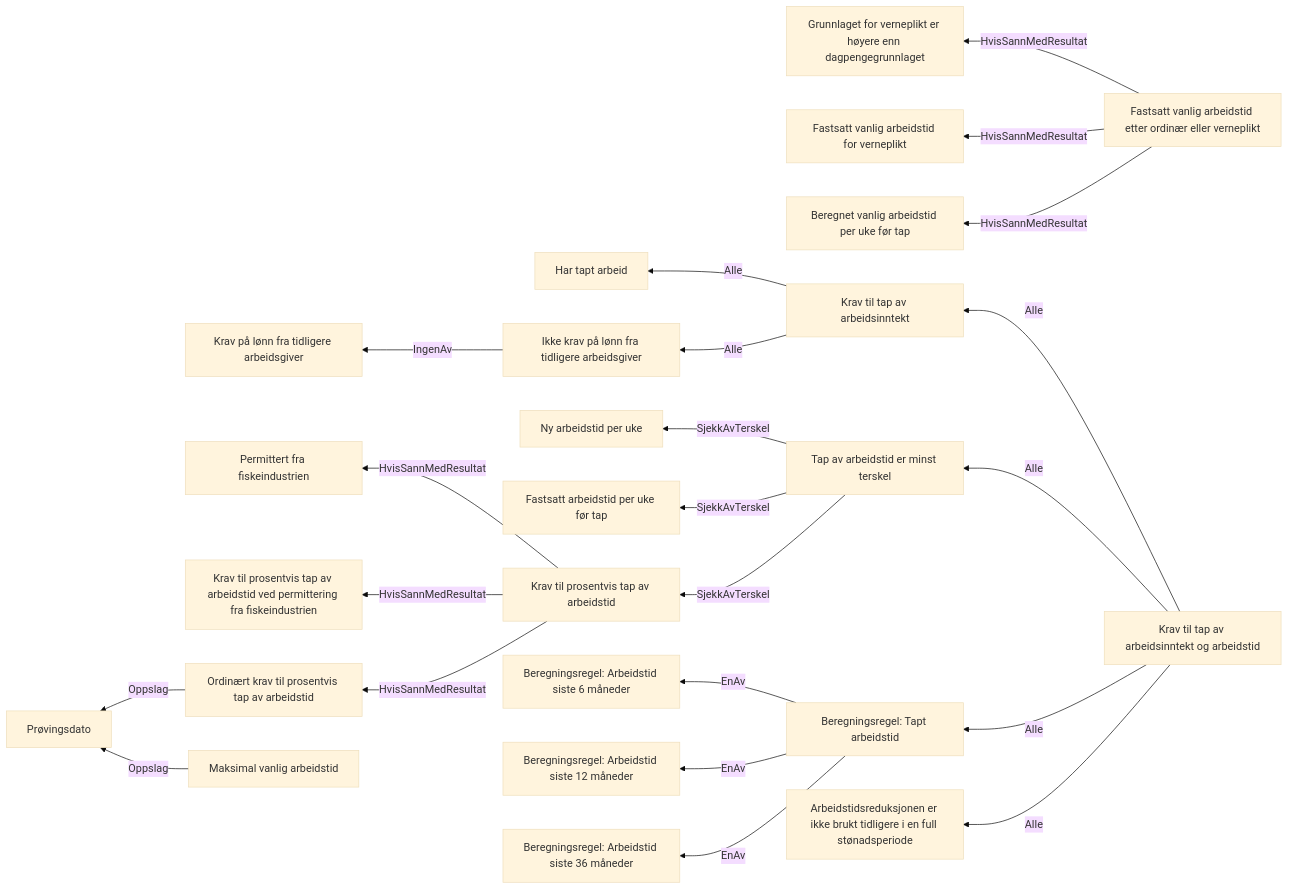
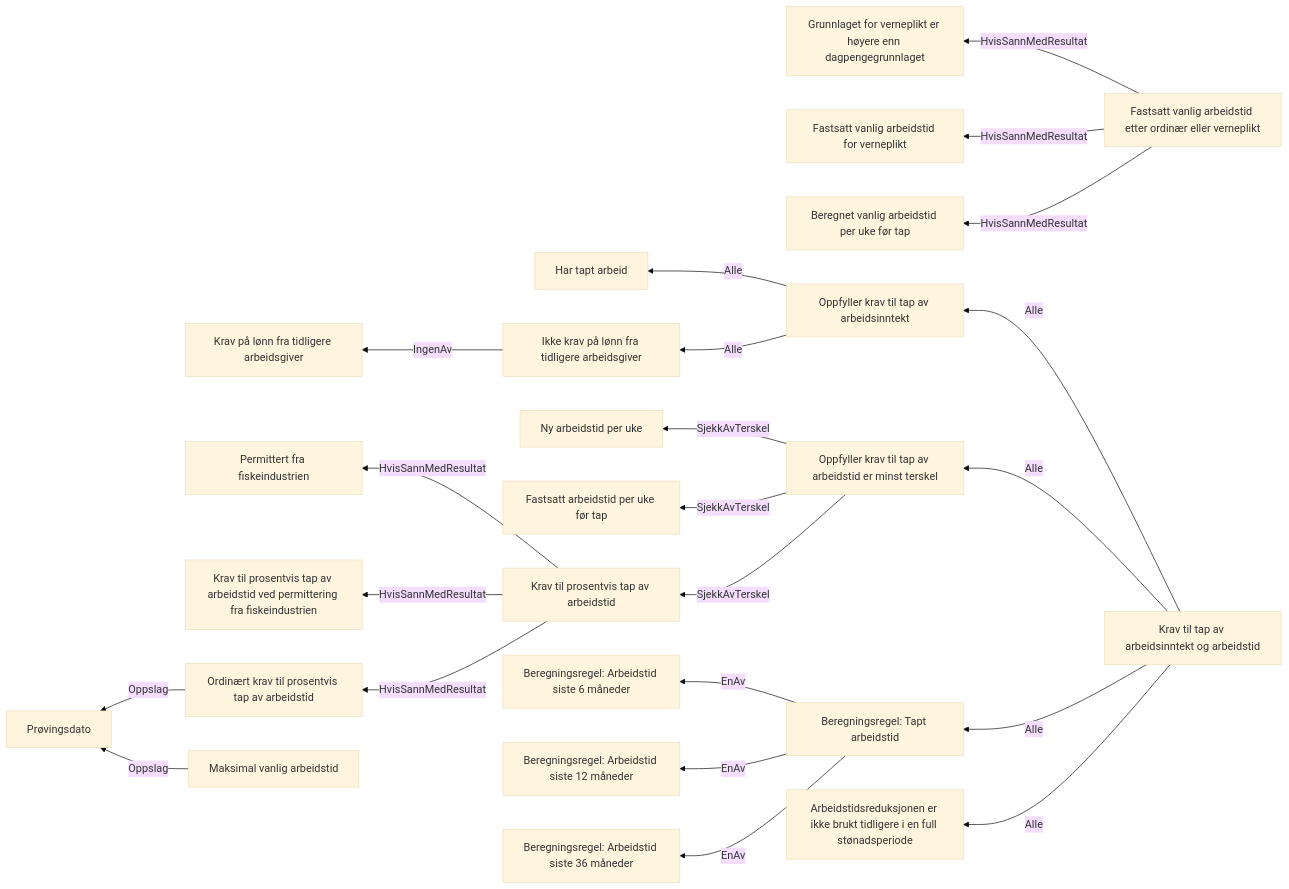
One commit to navikt/dp-behandling changed the diagram in docs/regler/§ 4-3. Tap av arbeidsinntekt og arbeidstid.approved.md. Above: the diagram before and after it, drawn with Mermaid (base theme). The commit also changed 12 other files, not shown here.

````diff
--- a/docs/regler/§ 4-3. Tap av arbeidsinntekt og arbeidstid.approved.md
+++ b/docs/regler/§ 4-3. Tap av arbeidsinntekt og arbeidstid.approved.md
@@ -5,24 +5,24 @@
 ```mermaid
 graph RL
   A["Ikke krav på lønn fra tidligere arbeidsgiver"] -->|"IngenAv"| B["Krav på lønn fra tidligere arbeidsgiver"]
-  C["Krav til tap av arbeidsinntekt"] -->|"Alle"| D["Har tapt arbeid"]
-  C["Krav til tap av arbeidsinntekt"] -->|"Alle"| A["Ikke krav på lønn fra tidligere arbeidsgiver"]
+  C["Oppfyller krav til tap av arbeidsinntekt"] -->|"Alle"| D["Har tapt arbeid"]
+  C["Oppfyller krav til tap av arbeidsinntekt"] -->|"Alle"| A["Ikke krav på lønn fra tidligere arbeidsgiver"]
   E["Ordinært krav til prosentvis tap av arbeidstid"] -->|"Oppslag"| F["Prøvingsdato"]
   G["Krav til prosentvis tap av arbeidstid"] -->|"HvisSannMedResultat"| H["Permittert fra fiskeindustrien"]
   G["Krav til prosentvis tap av arbeidstid"] -->|"HvisSannMedResultat"| I["Krav til prosentvis tap av arbeidstid ved permittering fra fiskeindustrien"]
   G["Krav til prosentvis tap av arbeidstid"] -->|"HvisSannMedResultat"| E["Ordinært krav til prosentvis tap av arbeidstid"]
   J["Fastsatt vanlig arbeidstid etter ordinær eller verneplikt"] -->|"HvisSannMedResultat"| K["Grunnlaget for verneplikt er høyere enn dagpengegrunnlaget"]
   J["Fastsatt vanlig arbeidstid etter ordinær eller verneplikt"] -->|"HvisSannMedResultat"| L["Fastsatt vanlig arbeidstid for verneplikt"]
   J["Fastsatt vanlig arbeidstid etter ordinær eller verneplikt"] -->|"HvisSannMedResultat"| M["Beregnet vanlig arbeidstid per uke før tap"]
   N["Maksimal vanlig arbeidstid"] -->|"Oppslag"| F["Prøvingsdato"]
-  O["Tap av arbeidstid er minst terskel"] -->|"SjekkAvTerskel"| P["Ny arbeidstid per uke"]
-  O["Tap av arbeidstid er minst terskel"] -->|"SjekkAvTerskel"| Q["Fastsatt arbeidstid per uke før tap"]
-  O["Tap av arbeidstid er minst terskel"] -->|"SjekkAvTerskel"| G["Krav til prosentvis tap av arbeidstid"]
+  O["Oppfyller krav til tap av arbeidstid er minst terskel"] -->|"SjekkAvTerskel"| P["Ny arbeidstid per uke"]
+  O["Oppfyller krav til tap av arbeidstid er minst terskel"] -->|"SjekkAvTerskel"| Q["Fastsatt arbeidstid per uke før tap"]
+  O["Oppfyller krav til tap av arbeidstid er minst terskel"] -->|"SjekkAvTerskel"| G["Krav til prosentvis tap av arbeidstid"]
   R["Beregningsregel: Tapt arbeidstid"] -->|"EnAv"| S["Beregningsregel: Arbeidstid siste 6 måneder"]
   R["Beregningsregel: Tapt arbeidstid"] -->|"EnAv"| T["Beregningsregel: Arbeidstid siste 12 måneder"]
   R["Beregningsregel: Tapt arbeidstid"] -->|"EnAv"| U["Beregningsregel: Arbeidstid siste 36 måneder"]
-  V["Krav til tap av arbeidsinntekt og arbeidstid"] -->|"Alle"| C["Krav til tap av arbeidsinntekt"]
-  V["Krav til tap av arbeidsinntekt og arbeidstid"] -->|"Alle"| O["Tap av arbeidstid er minst terskel"]
+  V["Krav til tap av arbeidsinntekt og arbeidstid"] -->|"Alle"| C["Oppfyller krav til tap av arbeidsinntekt"]
+  V["Krav til tap av arbeidsinntekt og arbeidstid"] -->|"Alle"| O["Oppfyller krav til tap av arbeidstid er minst terskel"]
   V["Krav til tap av arbeidsinntekt og arbeidstid"] -->|"Alle"| R["Beregningsregel: Tapt arbeidstid"]
   V["Krav til tap av arbeidsinntekt og arbeidstid"] -->|"Alle"| W["Arbeidstidsreduksjonen er ikke brukt tidligere i en full stønadsperiode"]
 ```
````
